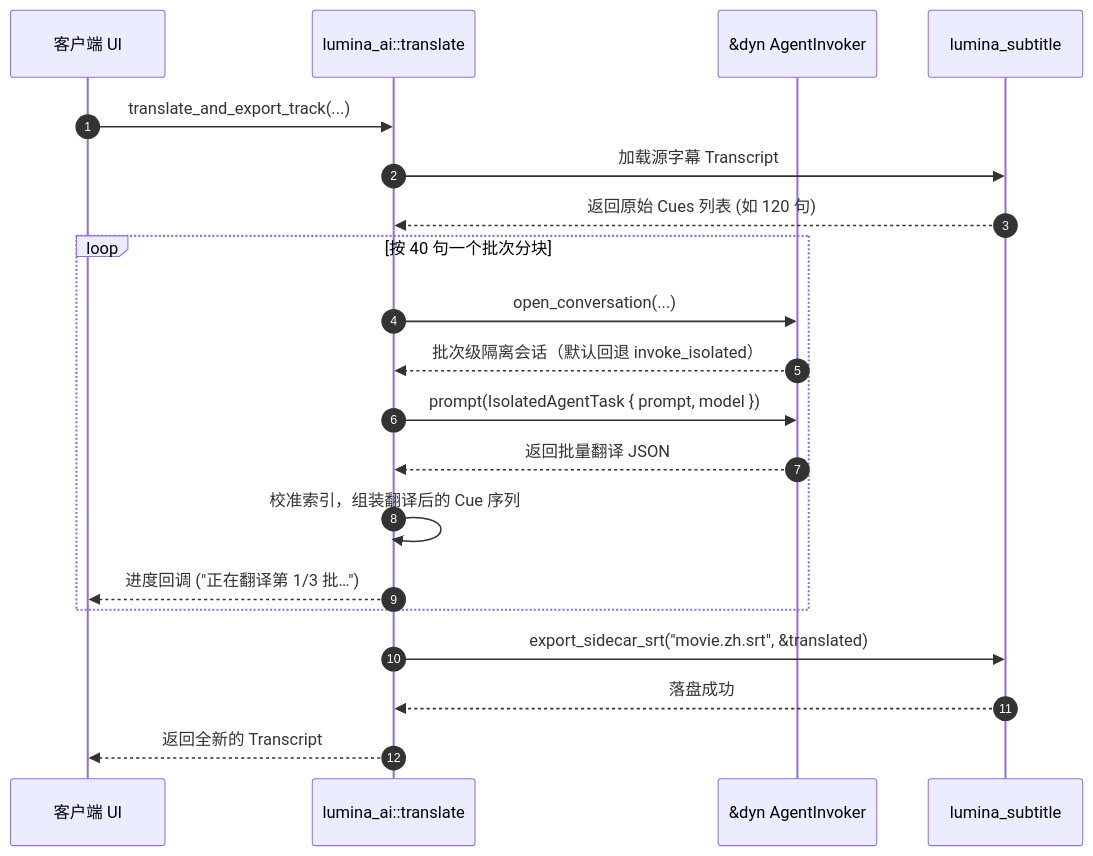
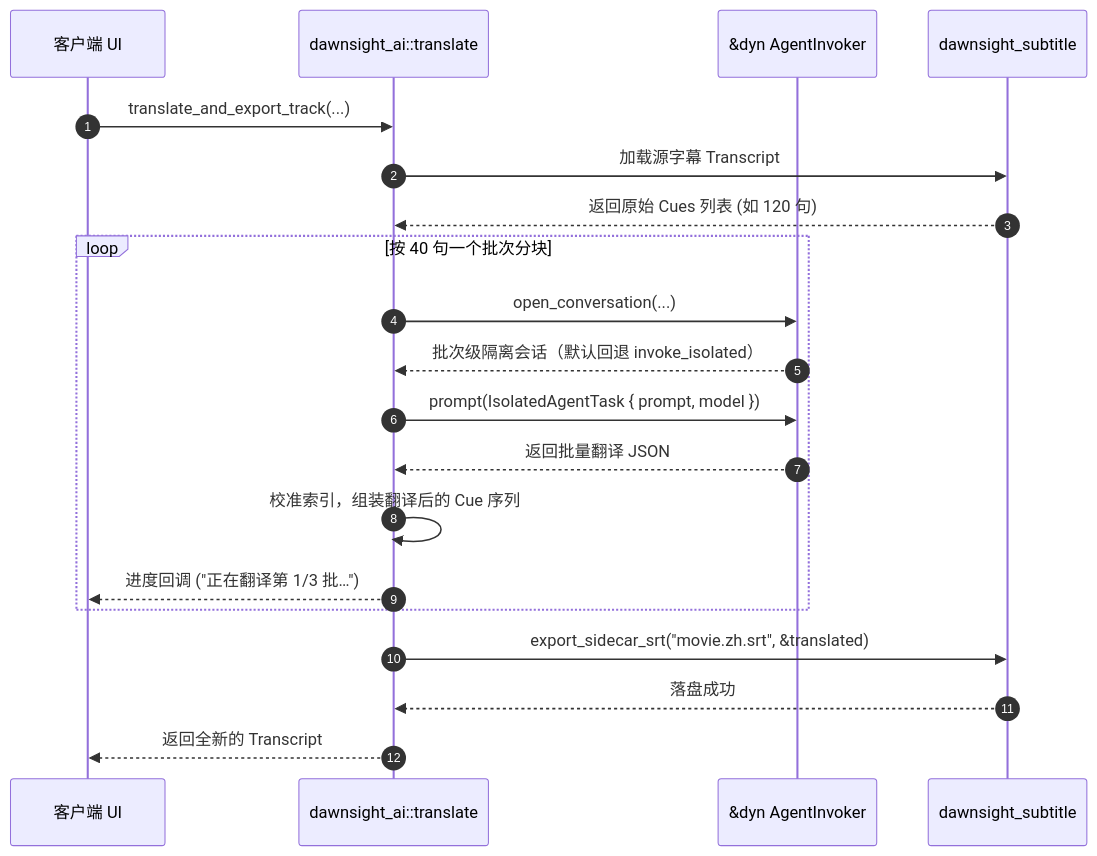
The diagram in crates/dawnsight-ai/src/README.md (yitom486/dawnsight), drawn with Mermaid before and after one commit. The commit also changed other lines of this file and 139 other files, not shown here.

First line of the commit message:
chore(rename): lumina to dawnsight across tree

````diff
--- a/crates/dawnsight-ai/src/README.md
+++ b/crates/dawnsight-ai/src/README.md
@@ -110,25 +110,25 @@
 ```mermaid
 sequenceDiagram
     autonumber
     participant UI as 客户端 UI
-    participant AI as lumina_ai::translate
+    participant AI as dawnsight_ai::translate
     participant Port as &dyn AgentInvoker
-    participant Sub as lumina_subtitle
+    participant Sub as dawnsight_subtitle
 
     UI->>AI: translate_and_export_track(...)
     AI->>Sub: 加载源字幕 Transcript
     Sub-->>AI: 返回原始 Cues 列表 (如 120 句)
 
     loop 按 40 句一个批次分块
         AI->>Port: open_conversation(...)
         Port-->>AI: 批次级隔离会话（默认回退 invoke_isolated）
         AI->>Port: prompt(IsolatedAgentTask { prompt, model })
         Port-->>AI: 返回批量翻译 JSON
         AI->>AI: 校准索引，组装翻译后的 Cue 序列
         AI-->>UI: 进度回调 ("正在翻译第 1/3 批…")
     end
 
     AI->>Sub: export_sidecar_srt("movie.zh.srt", &translated)
     Sub-->>AI: 落盘成功
     AI-->>UI: 返回全新的 Transcript
 ```
````
